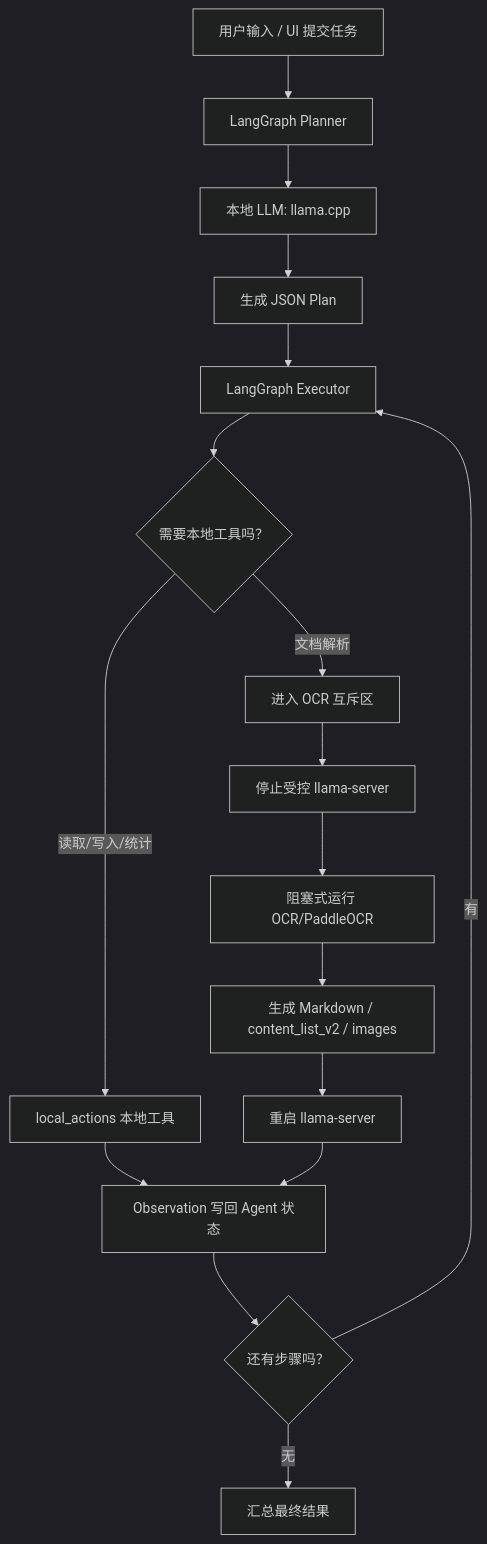
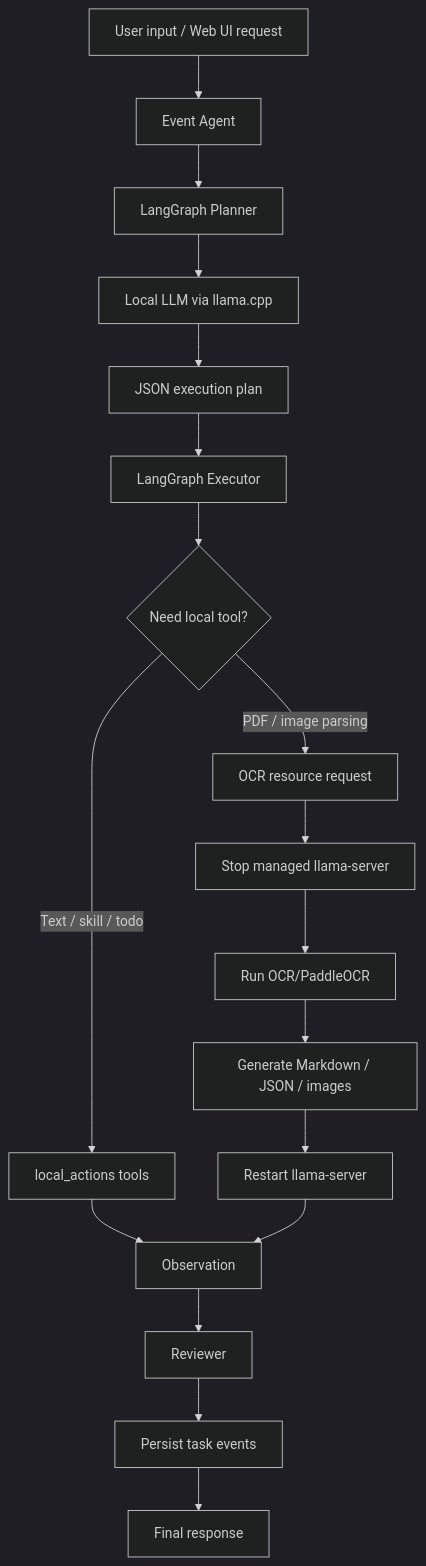
One commit to CollinKe05/Agentic-Meeting-Document-Collaboration-System changed the diagram in README.md. Above: the diagram before and after it, drawn with Mermaid (dark theme). The commit also changed other lines of this file and 1 other file, not shown here.

````diff
--- a/README.md
+++ b/README.md
@@ -53,19 +53,20 @@
 ```mermaid
 flowchart TD
-    A["用户输入 / UI 提交任务"] --> B["LangGraph Planner"]
-    B --> C["本地 LLM: llama.cpp"]
-    C --> D["生成 JSON Plan"]
-    D --> E["LangGraph Executor"]
-    E --> F{"需要本地工具吗？"}
-    F -->|"读取/写入/统计"| G["local_actions 本地工具"]
-    F -->|"文档解析"| H["进入 OCR 互斥区"]
-    H --> I["停止受控 llama-server"]
-    I --> J["阻塞式运行 OCR/PaddleOCR"]
-    J --> K["生成 Markdown / content_list_v2 / images"]
-    K --> L["重启 llama-server"]
-    G --> M["Observation 写回 Agent 状态"]
-    L --> M
-    M --> N{"还有步骤吗？"}
-    N -->|"有"| E
-    N -->|"无"| O["汇总最终结果"]
+    A["User input / Web UI request"] --> B["Event Agent"]
+    B --> C["LangGraph Planner"]
+    C --> D["Local LLM via llama.cpp"]
+    D --> E["JSON execution plan"]
+    E --> F["LangGraph Executor"]
+    F --> G{"Need local tool?"}
+    G -->|"Text / skill / todo"| H["local_actions tools"]
+    G -->|"PDF / image parsing"| I["OCR resource request"]
+    I --> J["Stop managed llama-server"]
+    J --> K["Run OCR/PaddleOCR"]
+    K --> L["Generate Markdown / JSON / images"]
+    L --> M["Restart llama-server"]
+    H --> N["Observation"]
+    M --> N
+    N --> O["Reviewer"]
+    O --> P["Persist task events"]
+    P --> Q["Final response"]
 ```
````
